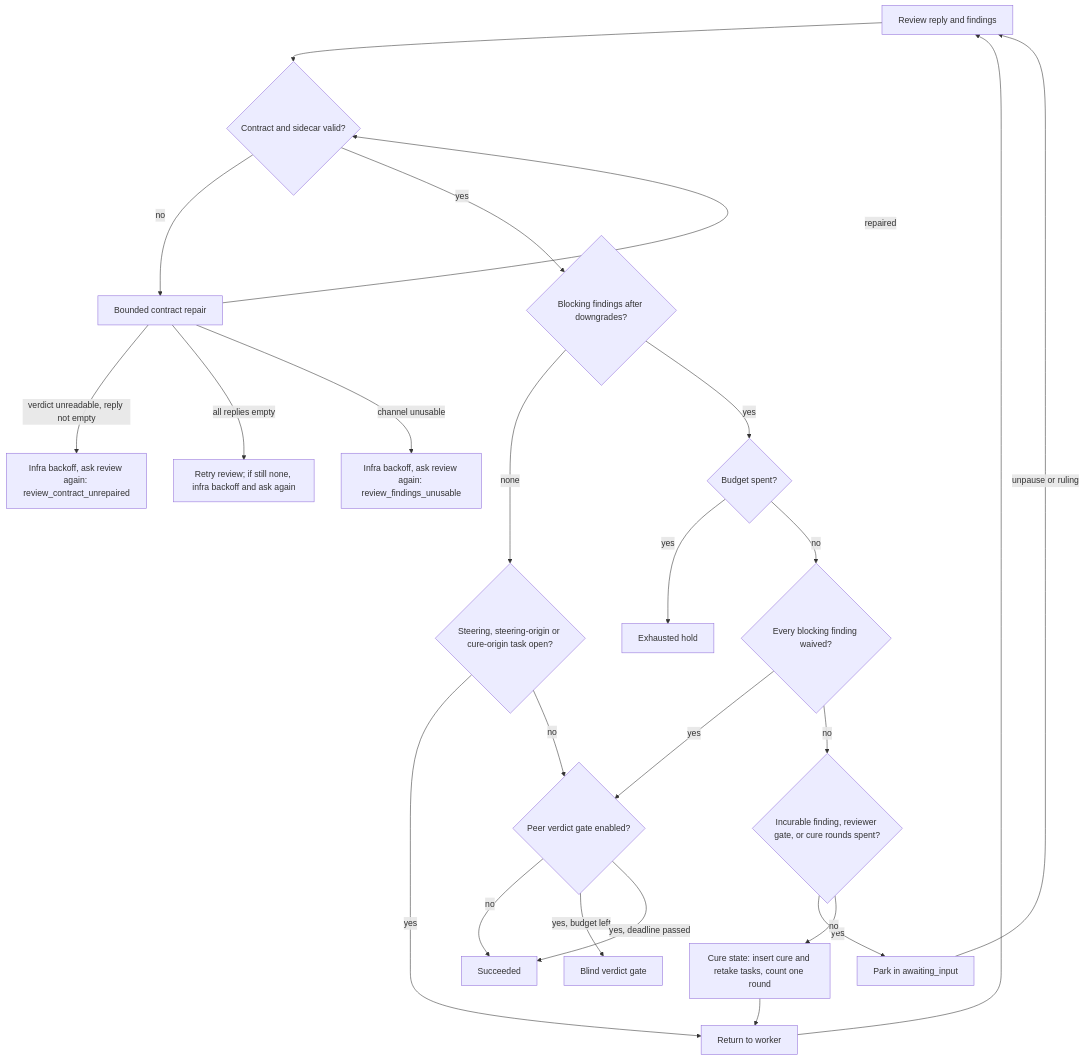
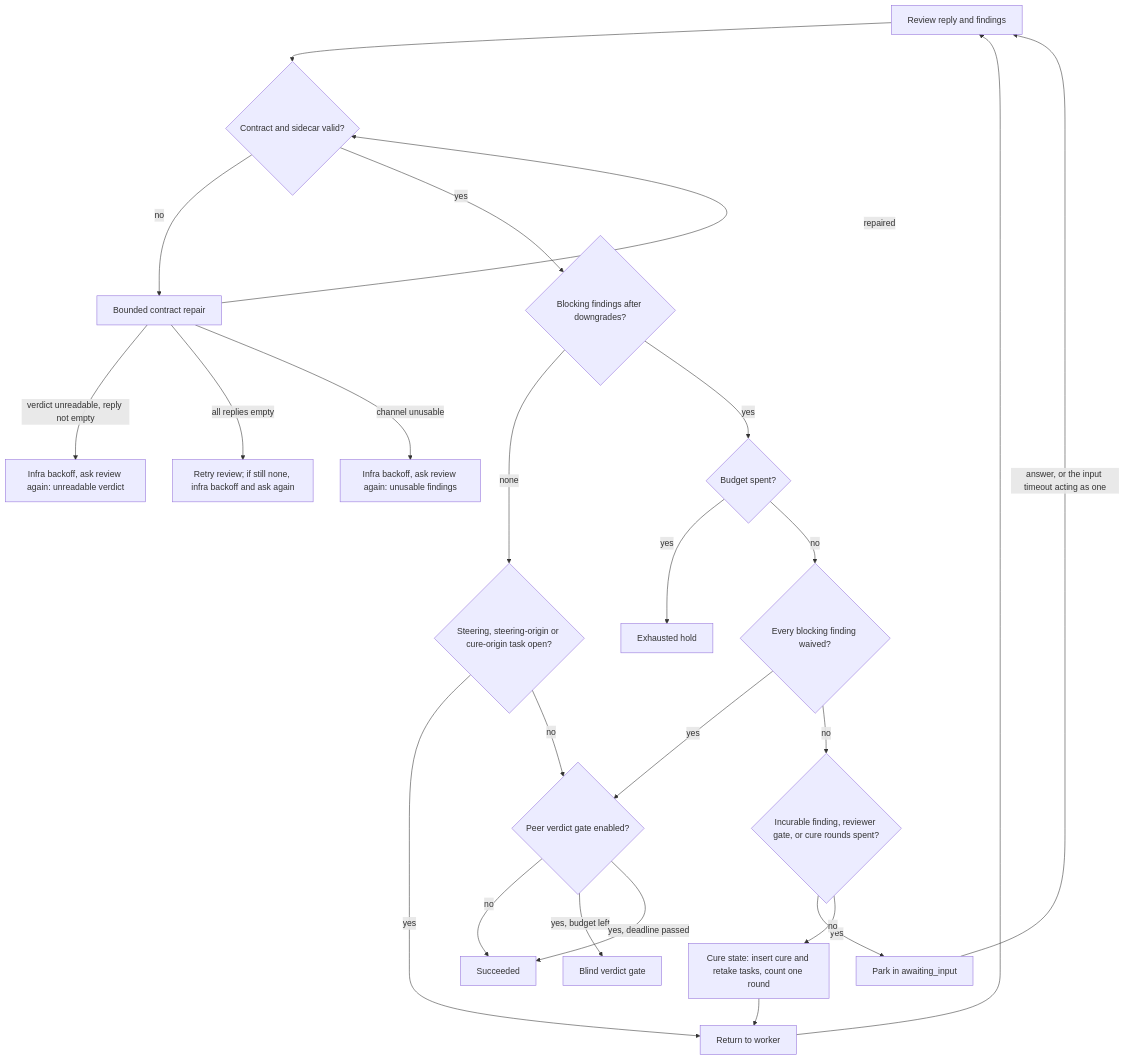
One commit to n-orlov/ralphd changed the fifth of 10 diagrams in docs/solution-tech-spec.md. Above: the diagram before and after it, drawn with Mermaid. The commit also changed other lines of this file and 7 other files, not shown here.

````diff
--- a/docs/solution-tech-spec.md
+++ b/docs/solution-tech-spec.md
@@ -740,26 +739,26 @@
 ```mermaid
 flowchart TD
     Result["Review reply and findings"] --> Ladder{"Contract and sidecar valid?"}
     Ladder -->|no| Repair["Bounded contract repair"]
     Repair -->|repaired| Ladder
-    Repair -->|verdict unreadable, reply not empty| HoldU["Infra backoff, ask review again: review_contract_unrepaired"]
+    Repair -->|verdict unreadable, reply not empty| FaultU["Infra backoff, ask review again: unreadable verdict"]
     Repair -->|all replies empty| Retry["Retry review; if still none, infra backoff and ask again"]
-    Repair -->|channel unusable| HoldF["Infra backoff, ask review again: review_findings_unusable"]
+    Repair -->|channel unusable| FaultF["Infra backoff, ask review again: unusable findings"]
     Ladder -->|yes| Blocking{"Blocking findings after downgrades?"}
     Blocking -->|none| Pending{"Steering, steering-origin or cure-origin task open?"}
     Pending -->|yes| Work["Return to worker"]
     Pending -->|no| Gate{"Peer verdict gate enabled?"}
     Gate -->|no| Finish["Succeeded"]
     Gate -->|yes, budget left| Peer["Blind verdict gate"]
     Gate -->|yes, deadline passed| Finish
     Blocking -->|yes| Budget{"Budget spent?"}
     Budget -->|yes| Exhausted["Exhausted hold"]
     Budget -->|no| Waived{"Every blocking finding waived?"}
     Waived -->|yes| Gate
     Waived -->|no| Park{"Incurable finding, reviewer gate, or cure rounds spent?"}
     Park -->|yes| Pause["Park in awaiting_input"]
     Park -->|no| Cure["Cure state: insert cure and retake tasks, count one round"]
     Cure --> Work
     Work --> Result
-    Pause -->|unpause or ruling| Result
+    Pause -->|"answer, or the input timeout acting as one"| Result
 ```
````
